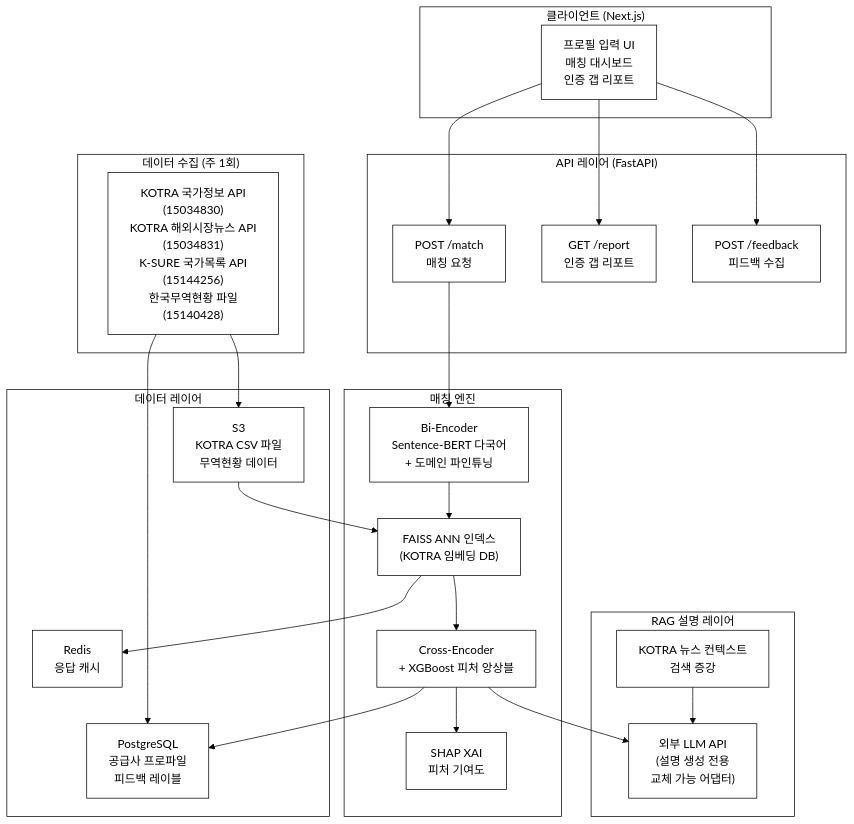
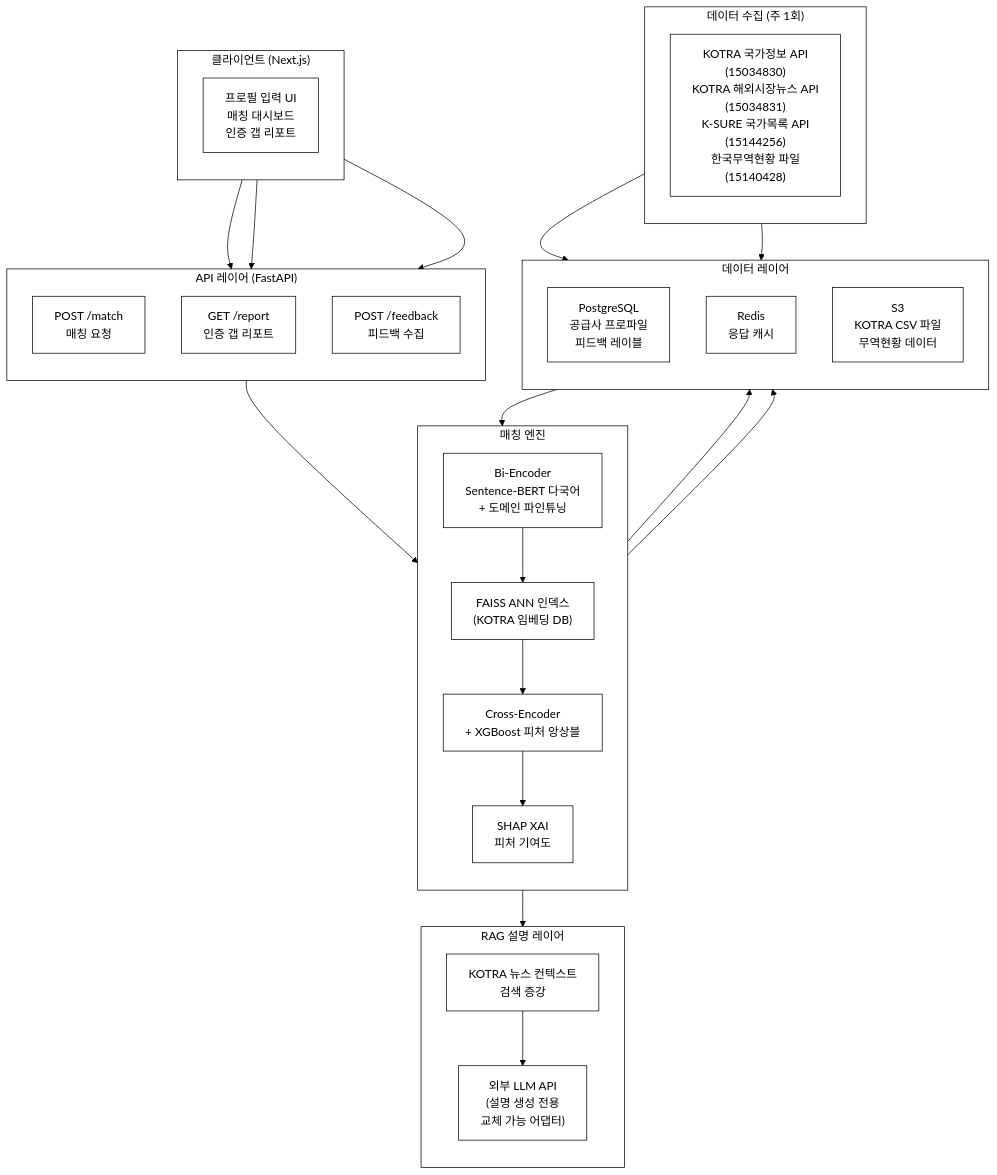
Before and after one commit to iamywl/pulicdata-congress: the second of 5 diagrams in 08-AI바이어-매칭/biz/1_제안서.md, drawn with Mermaid. The commit also changed other lines of this file and 44 other files, not shown here.

````diff
--- a/08-AI바이어-매칭/biz/1_제안서.md
+++ b/08-AI바이어-매칭/biz/1_제안서.md
@@ -89,39 +94,45 @@
 ```mermaid
 %%{init: {'theme':'base','themeVariables':{'background':'#ffffff','primaryColor':'#ffffff','primaryBorderColor':'#000000','primaryTextColor':'#000000','secondaryColor':'#ffffff','secondaryBorderColor':'#000000','secondaryTextColor':'#000000','tertiaryColor':'#ffffff','tertiaryBorderColor':'#000000','tertiaryTextColor':'#000000','mainBkg':'#ffffff','secondBkg':'#ffffff','lineColor':'#000000','textColor':'#000000','clusterBkg':'#ffffff','clusterBorder':'#000000','edgeLabelBackground':'#ffffff','actorBkg':'#ffffff','actorBorder':'#000000','noteBkgColor':'#ffffff','noteBorderColor':'#000000','signalColor':'#000000','signalTextColor':'#000000','fontFamily':'Georgia, serif'}}}%%
 flowchart TB
     subgraph CLIENT["클라이언트 (Next.js)"]
+        direction TB
         UI["프로필 입력 UI<br/>매칭 대시보드<br/>인증 갭 리포트"]
     end
     subgraph API["API 레이어 (FastAPI)"]
+        direction TB
         EP1["POST /match<br/>매칭 요청"]
         EP2["GET /report<br/>인증 갭 리포트"]
         EP3["POST /feedback<br/>피드백 수집"]
     end
     subgraph MATCHING["매칭 엔진"]
+        direction TB
         BI["Bi-Encoder<br/>Sentence-BERT 다국어<br/>+ 도메인 파인튜닝"]
         FAISS["FAISS ANN 인덱스<br/>(KOTRA 임베딩 DB)"]
         CE["Cross-Encoder<br/>+ XGBoost 피처 앙상블"]
         XAI["SHAP XAI<br/>피처 기여도"]
         BI --> FAISS --> CE --> XAI
     end
     subgraph DATA["데이터 레이어"]
+        direction TB
         PG["PostgreSQL<br/>공급사 프로파일<br/>피드백 레이블"]
         REDIS["Redis<br/>응답 캐시"]
         S3["S3<br/>KOTRA CSV 파일<br/>무역현황 데이터"]
     end
     subgraph INGESTION["데이터 수집 (주 1회)"]
+        direction TB
         ING["KOTRA 국가정보 API<br/>(15034830)<br/>KOTRA 해외시장뉴스 API<br/>(15034831)<br/>K-SURE 국가목록 API<br/>(15144256)<br/>한국무역현황 파일<br/>(15140428)"]
     end
     subgraph RAG["RAG 설명 레이어"]
+        direction TB
         LLM["외부 LLM API<br/>(설명 생성 전용<br/>교체 가능 어댑터)"]
         KOTRA_CTX["KOTRA 뉴스 컨텍스트<br/>검색 증강"]
         KOTRA_CTX --> LLM
     end
     UI --> EP1 & EP2 & EP3
     EP1 --> BI
     CE --> PG
     FAISS --> REDIS
     ING --> S3 --> FAISS
     ING --> PG
     CE --> LLM
 ```
````
